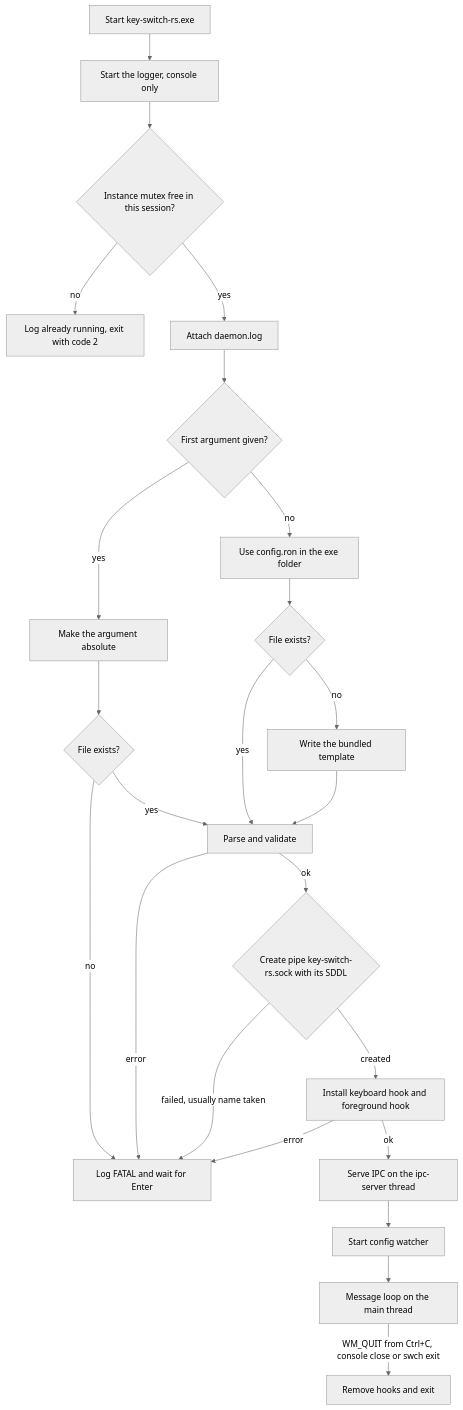
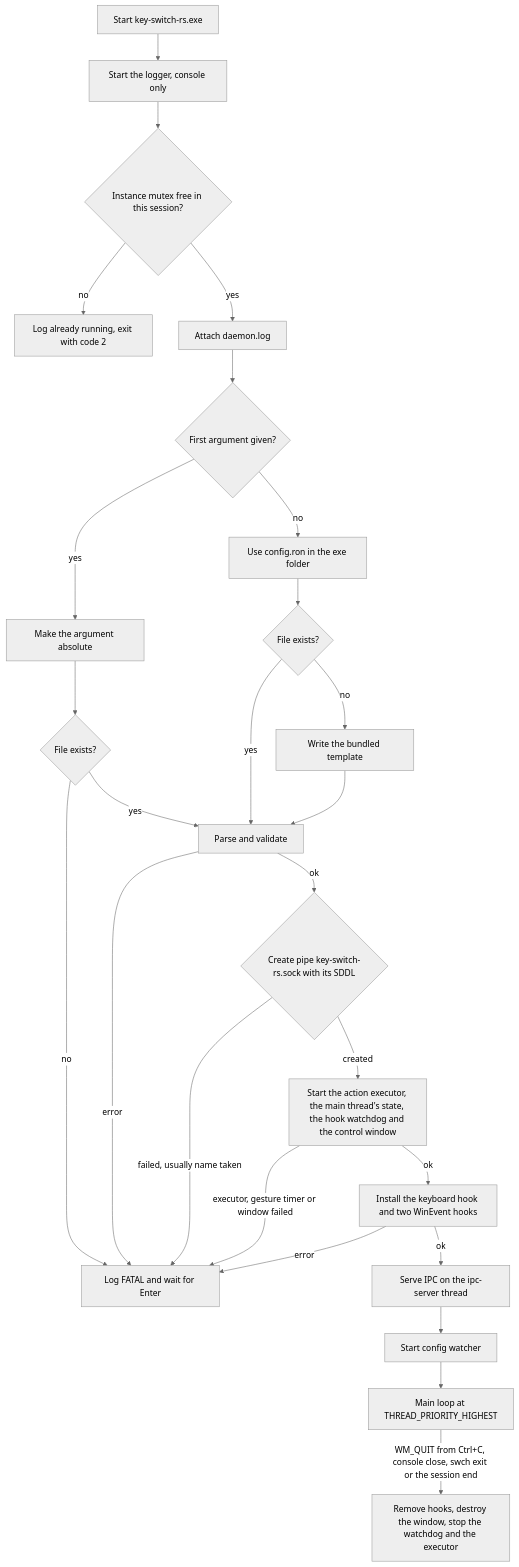
Before and after one commit to bluesteelll/key-switch-rs: the first of 3 diagrams in book/src/build-and-run.md, drawn with Mermaid (neutral theme). The commit also changed other lines of this file and 20 other files, not shown here.

````diff
--- a/book/src/build-and-run.md
+++ b/book/src/build-and-run.md
@@ -92,26 +92,28 @@
 ```mermaid
 flowchart TD
     A["Start key-switch-rs.exe"] --> LG["Start the logger, console only"]
     LG --> MX{"Instance mutex free in this session?"}
     MX -->|"no"| X2["Log already running, exit with code 2"]
     MX -->|"yes"| LF["Attach daemon.log"]
     LF --> B{"First argument given?"}
     B -->|yes| C["Make the argument absolute"]
     B -->|no| D["Use config.ron in the exe folder"]
     C --> E{"File exists?"}
     D --> E2{"File exists?"}
     E -->|no| X["Log FATAL and wait for Enter"]
     E -->|yes| G["Parse and validate"]
     E2 -->|no| F["Write the bundled template"]
     E2 -->|yes| G
     F --> G
     G -->|error| X
     G -->|ok| I{"Create pipe key-switch-rs.sock with its SDDL"}
     I -->|"failed, usually name taken"| X
-    I -->|created| H["Install keyboard hook and foreground hook"]
+    I -->|created| S["Start the action executor, the main thread's state, the hook watchdog and the control window"]
+    S -->|"executor, gesture timer or window failed"| X
+    S -->|ok| H["Install the keyboard hook and two WinEvent hooks"]
     H -->|error| X
     H -->|ok| J["Serve IPC on the ipc-server thread"]
     J --> L["Start config watcher"]
-    L --> M["Message loop on the main thread"]
-    M -->|"WM_QUIT from Ctrl+C, console close or swch exit"| N["Remove hooks and exit"]
+    L --> M["Main loop at THREAD_PRIORITY_HIGHEST"]
+    M -->|"WM_QUIT from Ctrl+C, console close, swch exit or the session end"| N["Remove hooks, destroy the window, stop the watchdog and the executor"]
 ```
````
